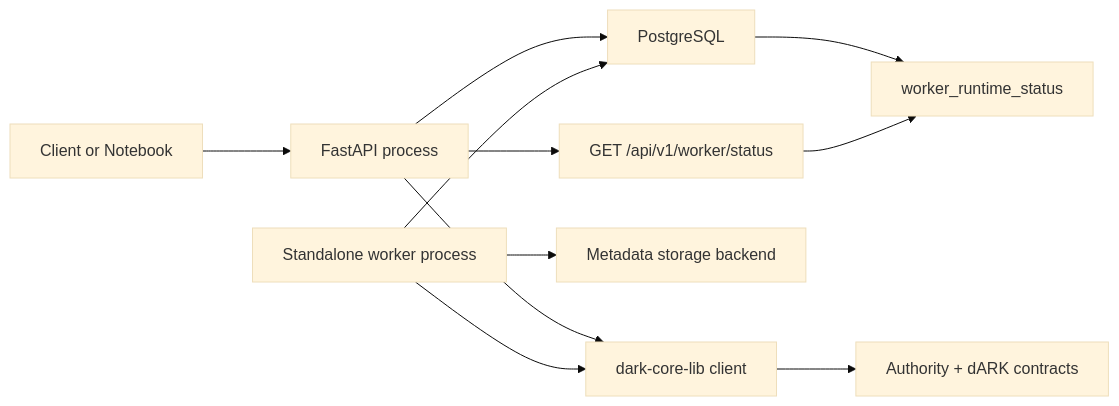
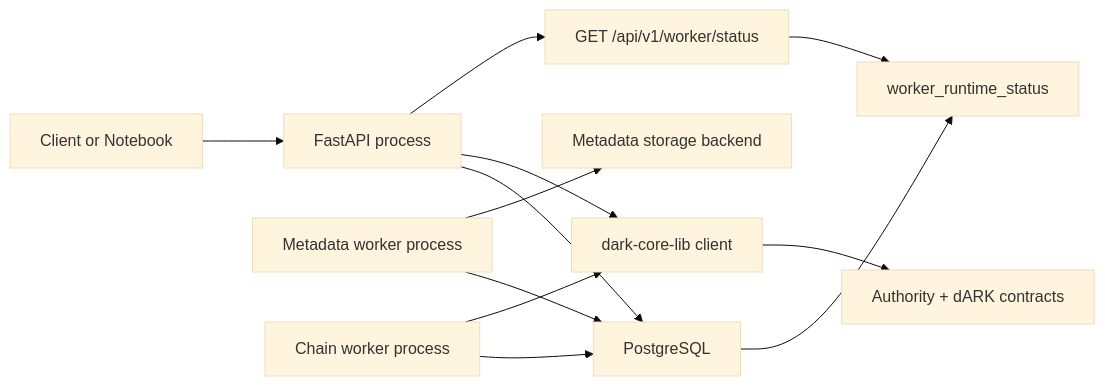
Before and after one commit to LA-Referencia-IOI/dark-core-minter-api: the first of 12 diagrams in minter-architecture.md, drawn with Mermaid (base theme). The commit also changed other lines of this file and 42 other files, not shown here.

First line of the commit message:
Split workers for metadata and chain publishing

````diff
--- a/minter-architecture.md
+++ b/minter-architecture.md
@@ -53,15 +53,17 @@
 ```mermaid
 flowchart LR
     Client["Client or Notebook"] --> API["FastAPI process"]
     API --> DB["PostgreSQL"]
     API --> Core["dark-core-lib client"]
     Core --> Chain["Authority + dARK contracts"]
 
-    Worker["Standalone worker process"] --> DB
-    Worker --> Store["Metadata storage backend"]
-    Worker --> Core
+    MetadataWorker["Metadata worker process"] --> DB
+    MetadataWorker --> Store["Metadata storage backend"]
+
+    ChainWorker["Chain worker process"] --> DB
+    ChainWorker --> Core
 
     DB --> Runtime["worker_runtime_status"]
     API --> Status["GET /api/v1/worker/status"]
     Status --> Runtime
 ```
````
